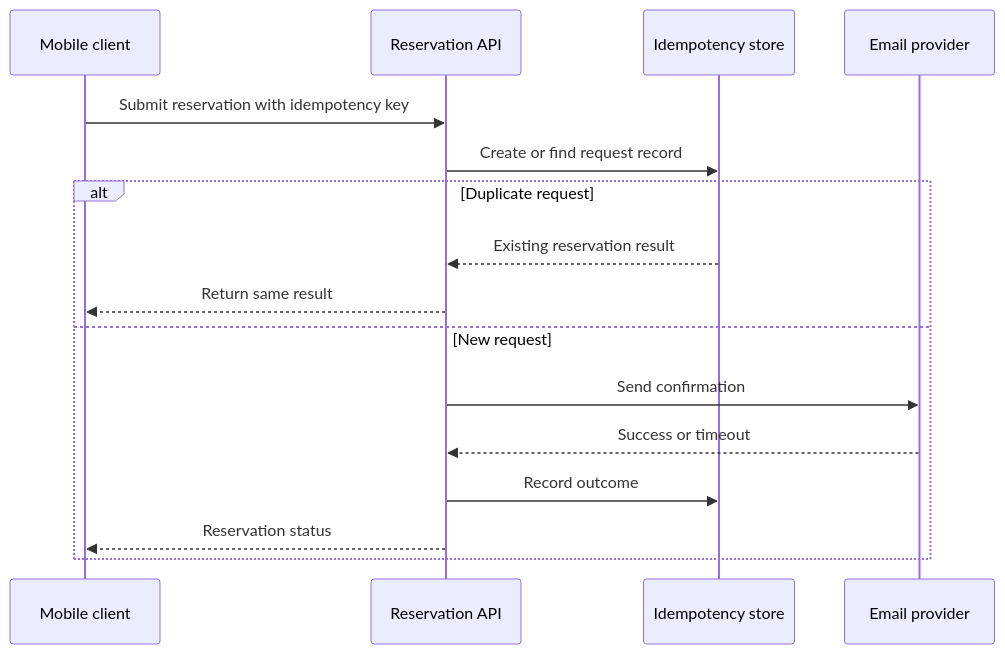
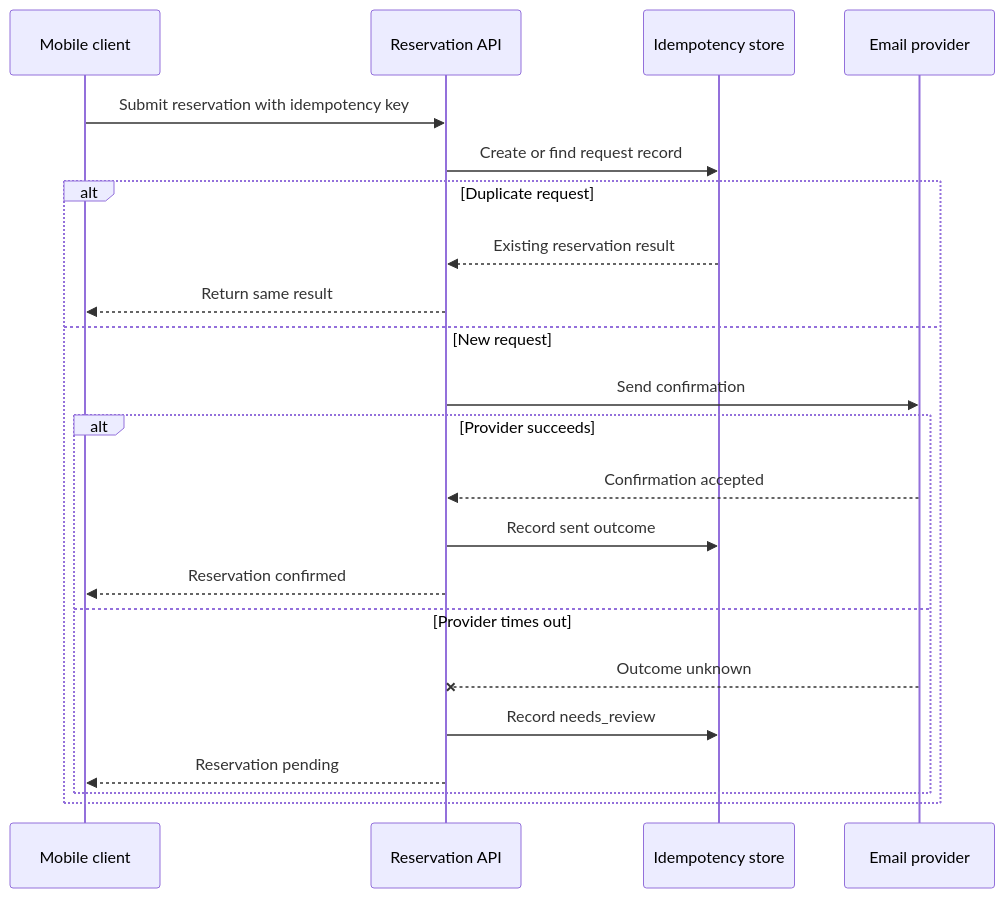
One commit to LeonSilva15/system-design changed the second of 4 diagrams in docs/visuals/mermaid-examples.md. Above: the diagram before and after it, drawn with Mermaid. The commit also changed other lines of this file, not shown here.

Commit message:
docs(visuals): SDC-E13-T03 refine Mermaid examples

````diff
--- a/docs/visuals/mermaid-examples.md
+++ b/docs/visuals/mermaid-examples.md
@@ -51,19 +51,25 @@
 ```mermaid
 sequenceDiagram
     participant Client as Mobile client
     participant API as Reservation API
     participant Store as Idempotency store
     participant Provider as Email provider
 
     Client->>API: Submit reservation with idempotency key
     API->>Store: Create or find request record
     alt Duplicate request
         Store-->>API: Existing reservation result
         API-->>Client: Return same result
     else New request
         API->>Provider: Send confirmation
-        Provider-->>API: Success or timeout
-        API->>Store: Record outcome
-        API-->>Client: Reservation status
+        alt Provider succeeds
+            Provider-->>API: Confirmation accepted
+            API->>Store: Record sent outcome
+            API-->>Client: Reservation confirmed
+        else Provider times out
+            Provider--xAPI: Outcome unknown
+            API->>Store: Record needs_review
+            API-->>Client: Reservation pending
+        end
     end
 ```
````
